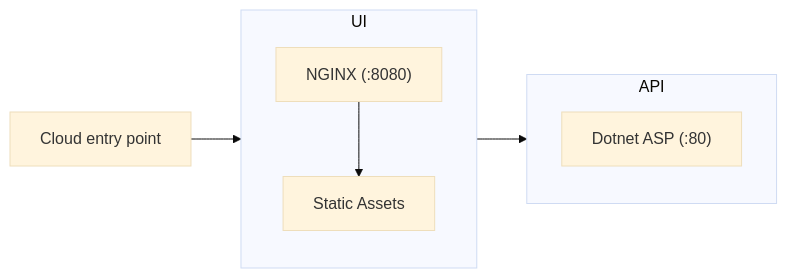
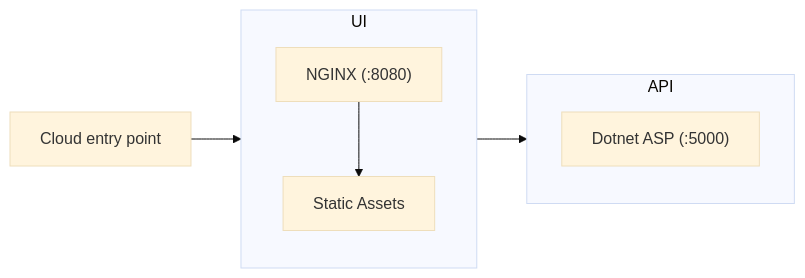
The diagram in README.md (bencoveney/dotnet-container), drawn with Mermaid (base theme) before and after one commit. The commit also changed other lines of this file and 4 other files, not shown here.

````diff
--- a/README.md
+++ b/README.md
@@ -32,16 +32,16 @@
 ```mermaid
 graph LR
   host-->nginx
   nginx-->dotnet
   host["Cloud entry point"]
   subgraph api["API"]
     direction TB
-    dotnet["Dotnet ASP (:80)"]
+    dotnet["Dotnet ASP (:5000)"]
   end
   subgraph ui["UI"]
     direction TB
     nginx["NGINX (:8080)"]
     static["Static Assets"]
     nginx-->static
   end
 ```
````
